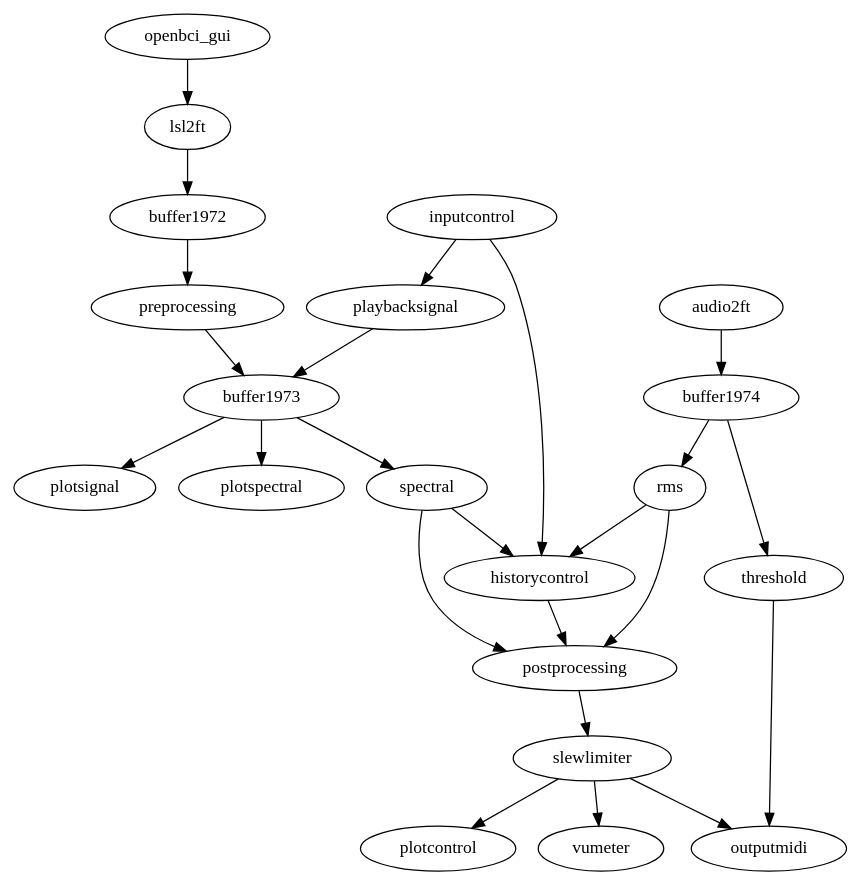
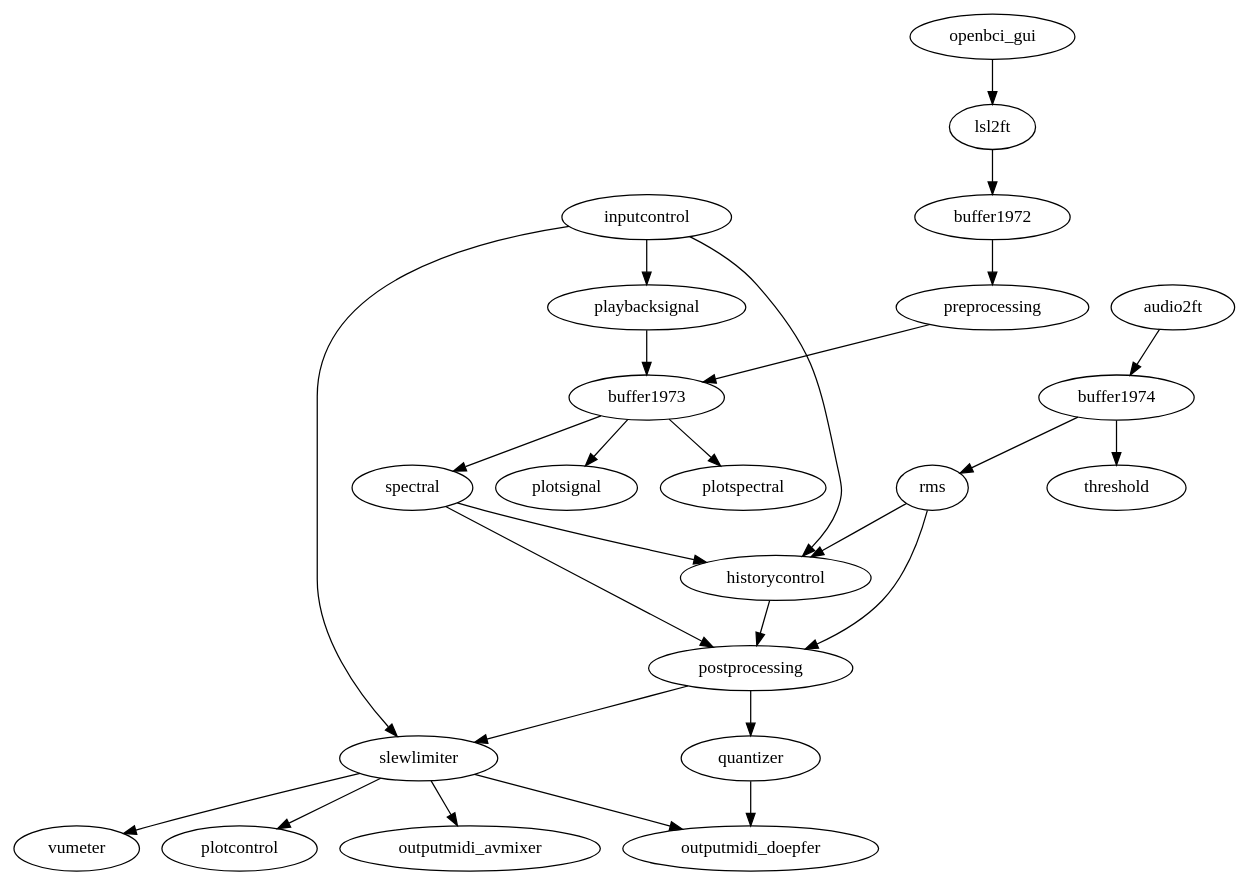
The diagram in patches/andouillette/patch.dot (eegsynth/eegsynth), drawn with Graphviz before and after one commit. The commit also changed 43 other files, not shown here.

```diff
--- a/patches/andouillette/patch.dot
+++ b/patches/andouillette/patch.dot
@@ -1,32 +1,32 @@
 # To convert this into a bitmap representation, do this
 #   dot -Tpng -o patch.png patch.dot
 #
 digraph {
   openbci_gui -> lsl2ft -> buffer1972 -> preprocessing -> buffer1973;
   playbacksignal -> buffer1973;
 
   inputcontrol -> historycontrol;
   inputcontrol -> playbacksignal;
-#  inputcontrol -> slewlimiter;
+  inputcontrol -> slewlimiter;
 
   buffer1973 -> plotsignal;
   buffer1973 -> plotspectral;
   buffer1973 -> spectral;
+  buffer1974 -> threshold;
 
-  audio2ft -> buffer1974;
-  buffer1974 -> threshold;
-  buffer1974 -> rms;
+  audio2ft -> buffer1974 -> rms;
 
   spectral -> postprocessing;
   spectral -> historycontrol;
 
   rms -> postprocessing;
   rms -> historycontrol;
 
   historycontrol -> postprocessing -> slewlimiter;
 
   slewlimiter -> vumeter;
   slewlimiter -> plotcontrol;
-  slewlimiter -> outputmidi;
-  threshold -> outputmidi;
+  slewlimiter -> outputmidi_avmixer;
+  slewlimiter -> outputmidi_doepfer;
+  postprocessing -> quantizer -> outputmidi_doepfer;
 }
```
